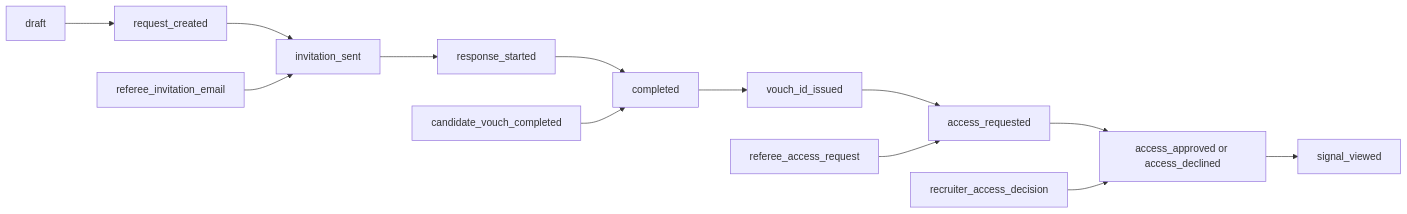
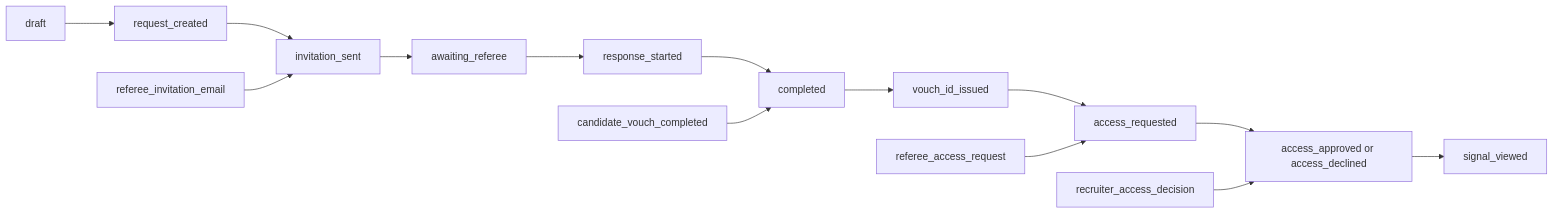
The diagram in examples/vouchme/context-atlas/diagrams/L2-workflow-status-map.mmd (kza-hps/contextatlas), drawn with Mermaid before and after one commit. The commit also changed 10 other files, not shown here.

```diff
--- a/examples/vouchme/context-atlas/diagrams/L2-workflow-status-map.mmd
+++ b/examples/vouchme/context-atlas/diagrams/L2-workflow-status-map.mmd
@@ -1,13 +1,14 @@
 flowchart LR
   A["draft"] --> B["request_created"]
   B --> C["invitation_sent"]
-  C --> D["response_started"]
+  C --> P["awaiting_referee"]
+  P --> D["response_started"]
   D --> E["completed"]
   E --> F["vouch_id_issued"]
   F --> G["access_requested"]
   G --> H["access_approved or access_declined"]
   H --> I["signal_viewed"]
   N1["referee_invitation_email"] --> C
   N2["candidate_vouch_completed"] --> E
   N3["referee_access_request"] --> G
   N4["recruiter_access_decision"] --> H
```
